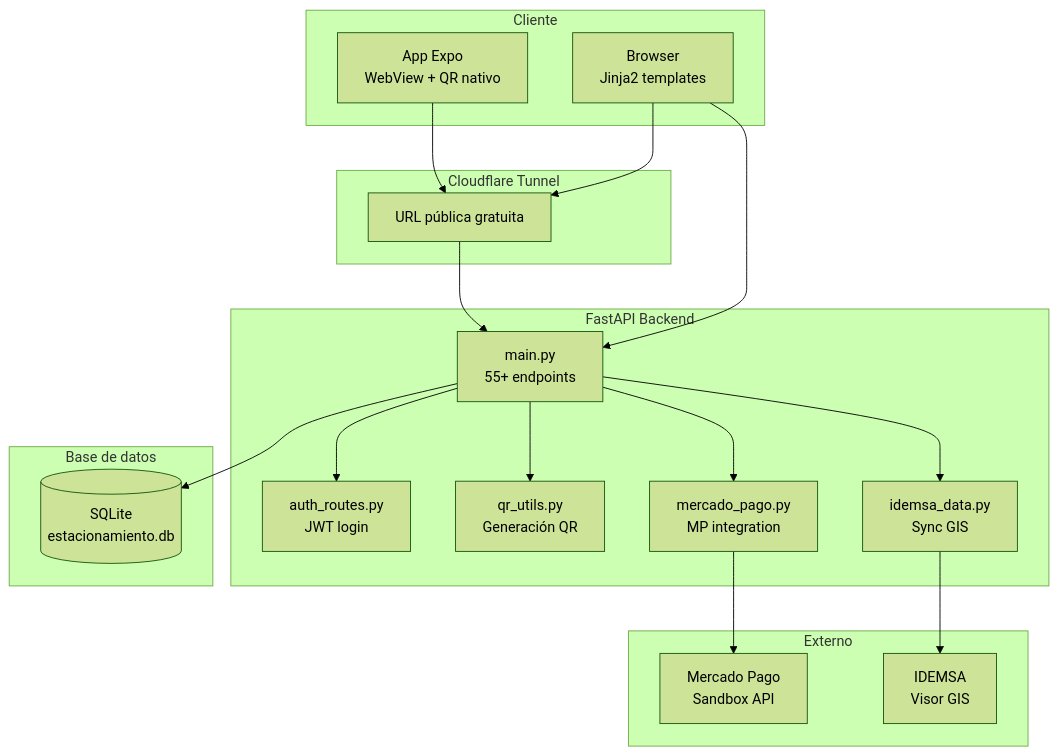
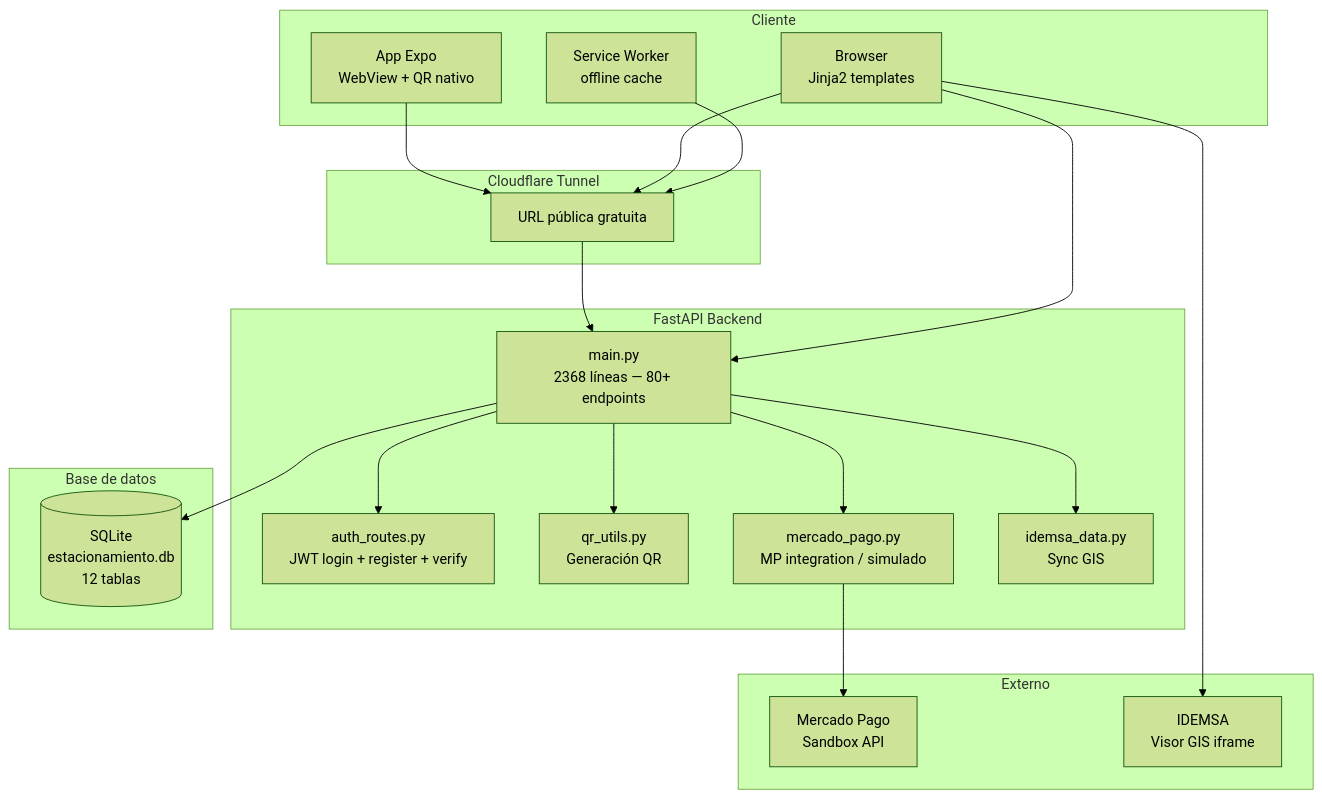
One commit to gildoadiaz-tech/estacionamiento-medido changed the first of 7 diagrams in docs/arquitectura.md. Above: the diagram before and after it, drawn with Mermaid (forest theme). The commit also changed other lines of this file and 52 other files, not shown here.

First line of the commit message:
docs: actualiza README + docs con v2.0 completo (4 roles, IDEMSA fix, registro por email, PWA, MP simulado)

````diff
--- a/docs/arquitectura.md
+++ b/docs/arquitectura.md
@@ -5,40 +5,42 @@
 ```mermaid
 graph TB
     subgraph Cliente
         EXP[App Expo<br/>WebView + QR nativo]
         NAV[Browser<br/>Jinja2 templates]
+        PWA[Service Worker<br/>offline cache]
     end
 
     subgraph "Cloudflare Tunnel"
         CF[URL pública gratuita]
     end
 
     subgraph "FastAPI Backend"
-        AUTH[auth_routes.py<br/>JWT login]
-        API[main.py<br/>55+ endpoints]
+        AUTH[auth_routes.py<br/>JWT login + register + verify]
+        API[main.py<br/>2368 líneas — 80+ endpoints]
         QR[qr_utils.py<br/>Generación QR]
-        MP[mercado_pago.py<br/>MP integration]
+        MP[mercado_pago.py<br/>MP integration / simulado]
         IDEMSA[idemsa_data.py<br/>Sync GIS]
     end
 
     subgraph "Base de datos"
-        DB[(SQLite<br/>estacionamiento.db)]
+        DB[(SQLite<br/>estacionamiento.db<br/>12 tablas)]
     end
 
     subgraph "Externo"
         MPAPI[Mercado Pago<br/>Sandbox API]
-        IDEMSA_API[IDEMSA<br/>Visor GIS]
+        IDEMSA_MAP[IDEMSA<br/>Visor GIS iframe]
     end
 
     EXP --> CF
     NAV --> CF
     CF --> API
     NAV --> API
+    PWA --> CF
     API --> AUTH
     API --> QR
     API --> MP
     API --> IDEMSA
     API --> DB
     MP --> MPAPI
-    IDEMSA --> IDEMSA_API
+    NAV --> IDEMSA_MAP
 ```
````
